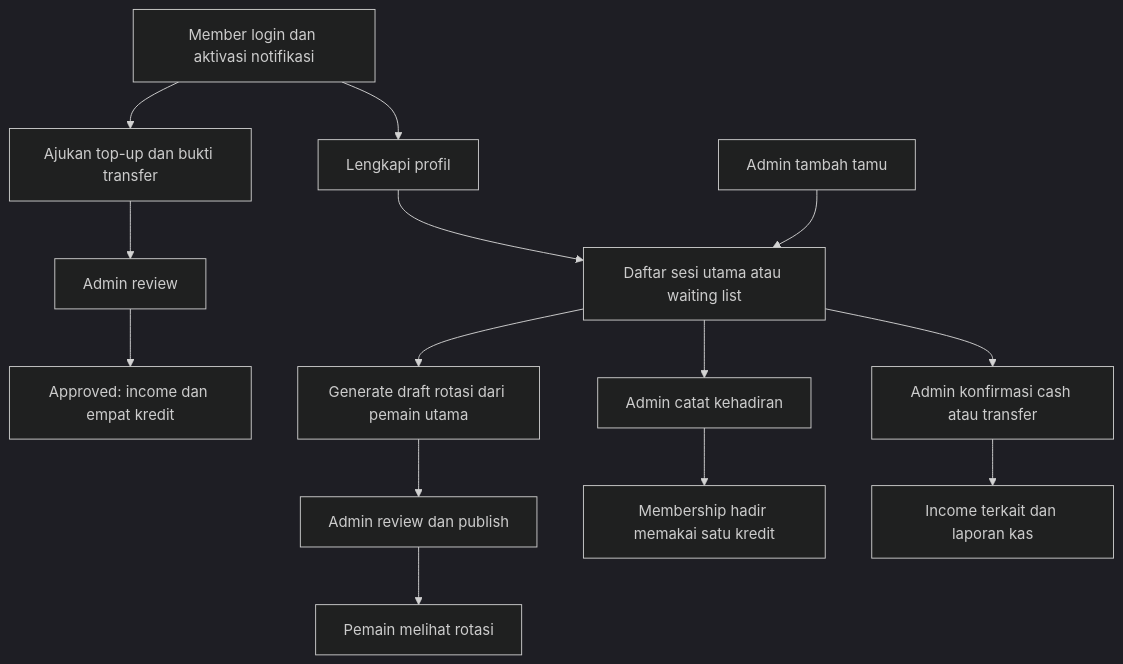
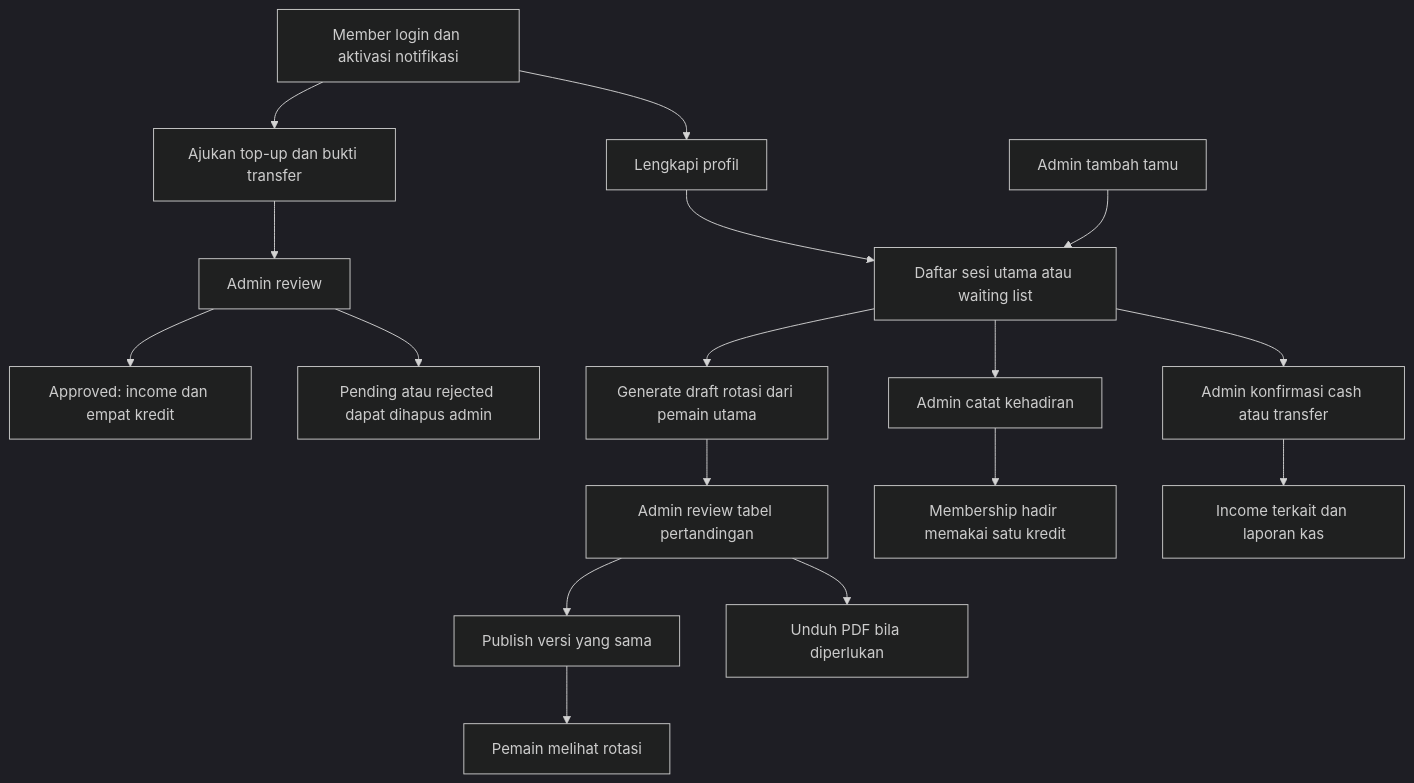
Before and after one commit to anghdi/ngebadmintonyuk: the diagram in docs/12-prd-terbaru.md, drawn with Mermaid (dark theme). The commit also changed other lines of this file and 126 other files, not shown here.

````diff
--- a/docs/12-prd-terbaru.md
+++ b/docs/12-prd-terbaru.md
@@ -72,16 +76,19 @@
 ```mermaid
 flowchart TD
     A[Member login dan aktivasi notifikasi] --> B[Lengkapi profil]
     B --> C[Daftar sesi utama atau waiting list]
     C --> D[Admin konfirmasi cash atau transfer]
     D --> E[Income terkait dan laporan kas]
     C --> F[Admin catat kehadiran]
     F --> G[Membership hadir memakai satu kredit]
     A --> H[Ajukan top-up dan bukti transfer]
     H --> I[Admin review]
+    I --> Q[Pending atau rejected dapat dihapus admin]
     I --> J[Approved: income dan empat kredit]
     K[Admin tambah tamu] --> C
     C --> L[Generate draft rotasi dari pemain utama]
-    L --> M[Admin review dan publish]
-    M --> N[Pemain melihat rotasi]
+    L --> M[Admin review tabel pertandingan]
+    M --> N[Unduh PDF bila diperlukan]
+    M --> O[Publish versi yang sama]
+    O --> P[Pemain melihat rotasi]
 ```
````
